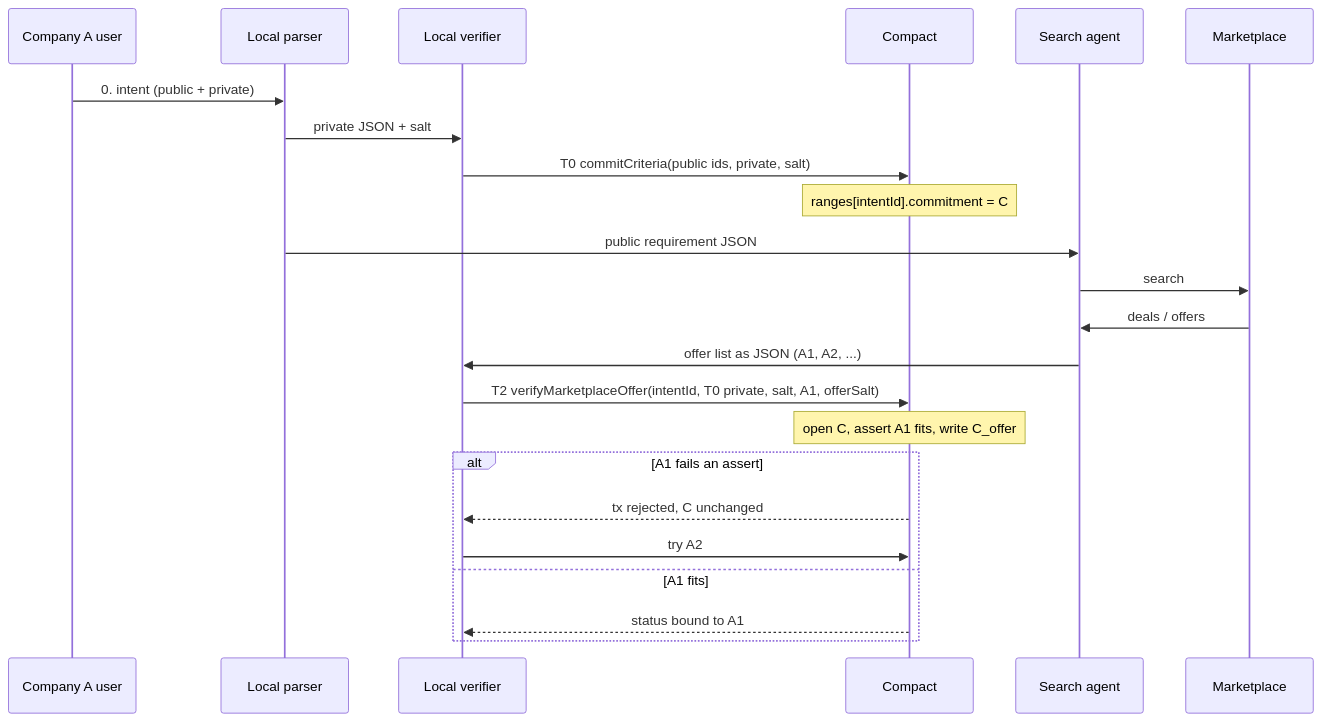
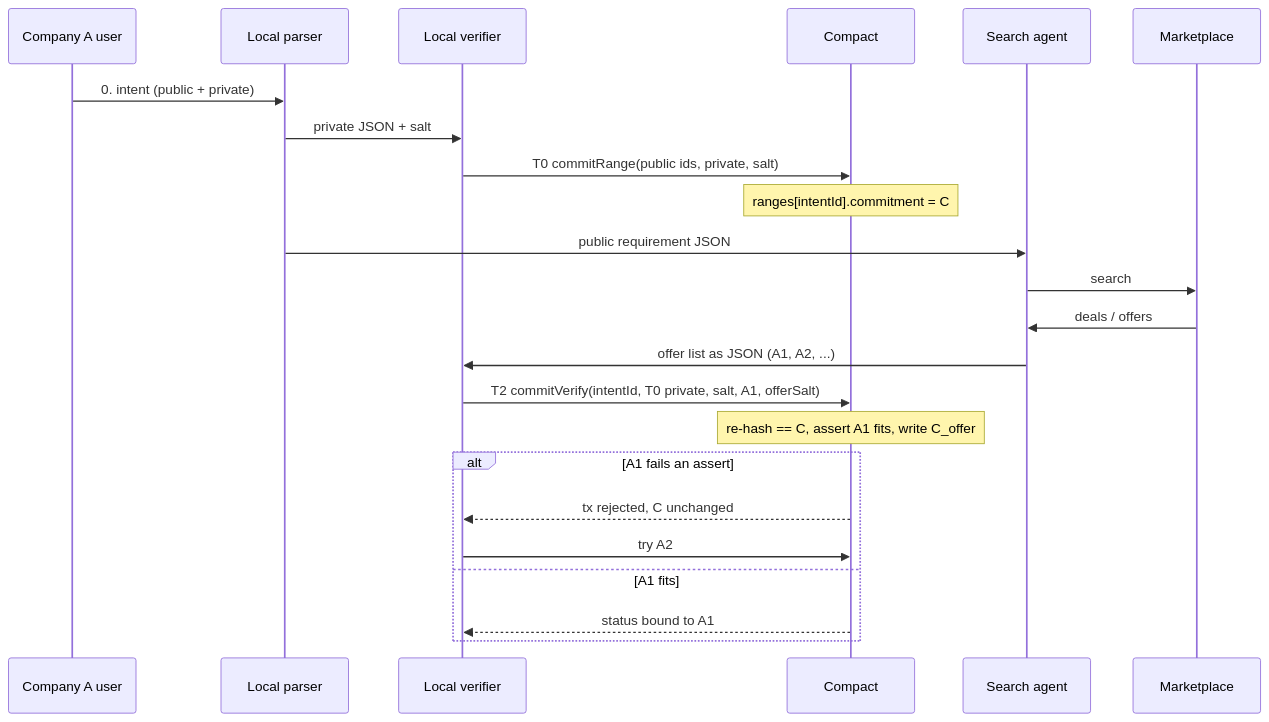
The diagram in docs/superpowers/specs/2026-09-21-marketplace-local-verify.md (sdh2222/midnight-hackathon), drawn with Mermaid before and after one commit. The commit also changed other lines of this file and 2 other files, not shown here.

First line of the commit message:
Amend Compact specs to commitRange and commitVerify.

````diff
--- a/docs/superpowers/specs/2026-09-21-marketplace-local-verify.md
+++ b/docs/superpowers/specs/2026-09-21-marketplace-local-verify.md
@@ -53,26 +53,26 @@
 ```mermaid
 sequenceDiagram
   participant U as Company A user
   participant P as Local parser
   participant V as Local verifier
   participant C as Compact
   participant A as Search agent
   participant M as Marketplace
 
   U->>P: 0. intent (public + private)
   P->>V: private JSON + salt
-  V->>C: T0 commitCriteria(public ids, private, salt)
+  V->>C: T0 commitRange(public ids, private, salt)
   Note over C: ranges[intentId].commitment = C
   P->>A: public requirement JSON
   A->>M: search
   M->>A: deals / offers
   A->>V: offer list as JSON (A1, A2, ...)
-  V->>C: T2 verifyMarketplaceOffer(intentId, T0 private, salt, A1, offerSalt)
-  Note over C: open C, assert A1 fits, write C_offer
+  V->>C: T2 commitVerify(intentId, T0 private, salt, A1, offerSalt)
+  Note over C: re-hash == C, assert A1 fits, write C_offer
   alt A1 fails an assert
     C-->>V: tx rejected, C unchanged
     V->>C: try A2
   else A1 fits
     C-->>V: status bound to A1
   end
 ```
````
